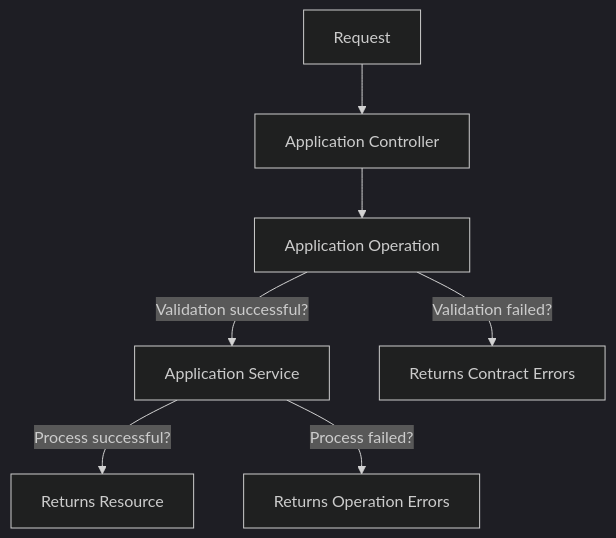
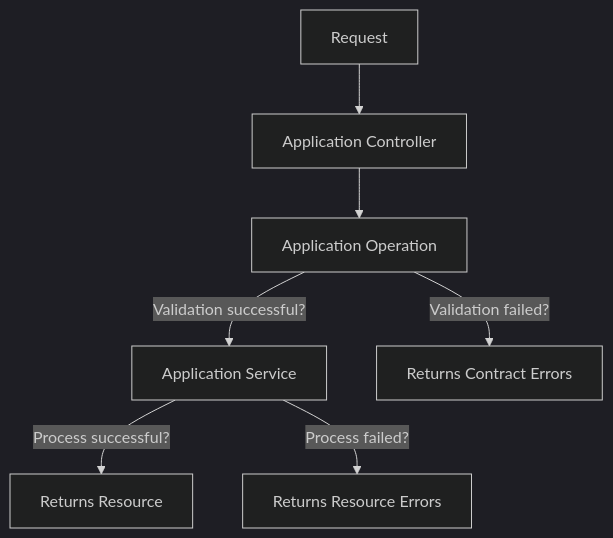
The diagram in README.md (shftco/rails-api-boilerplate), drawn with Mermaid (dark theme) before and after one commit.

````diff
--- a/README.md
+++ b/README.md
@@ -12,9 +12,9 @@
 ```mermaid
 flowchart TD
   R[Request] --> C[Application Controller]
   C --> O[Application Operation]
   O -- Validation successful? --> S[Application Service]
   O -- Validation failed? --> E[Returns Contract Errors]
   S -- Process successful? --> RS[Returns Resource]
-  S -- Process failed? --> OE[Returns Operation Errors]
+  S -- Process failed? --> OE[Returns Resource Errors]
 ```
````
